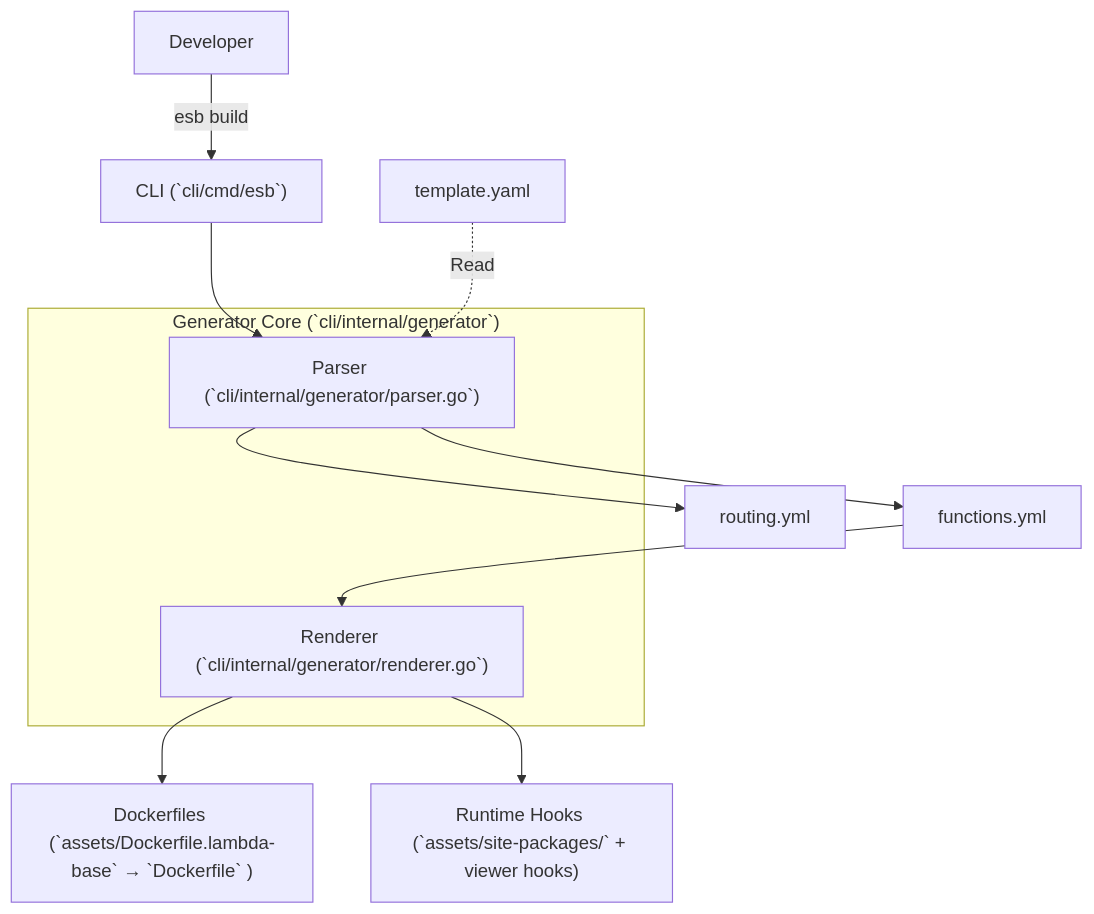
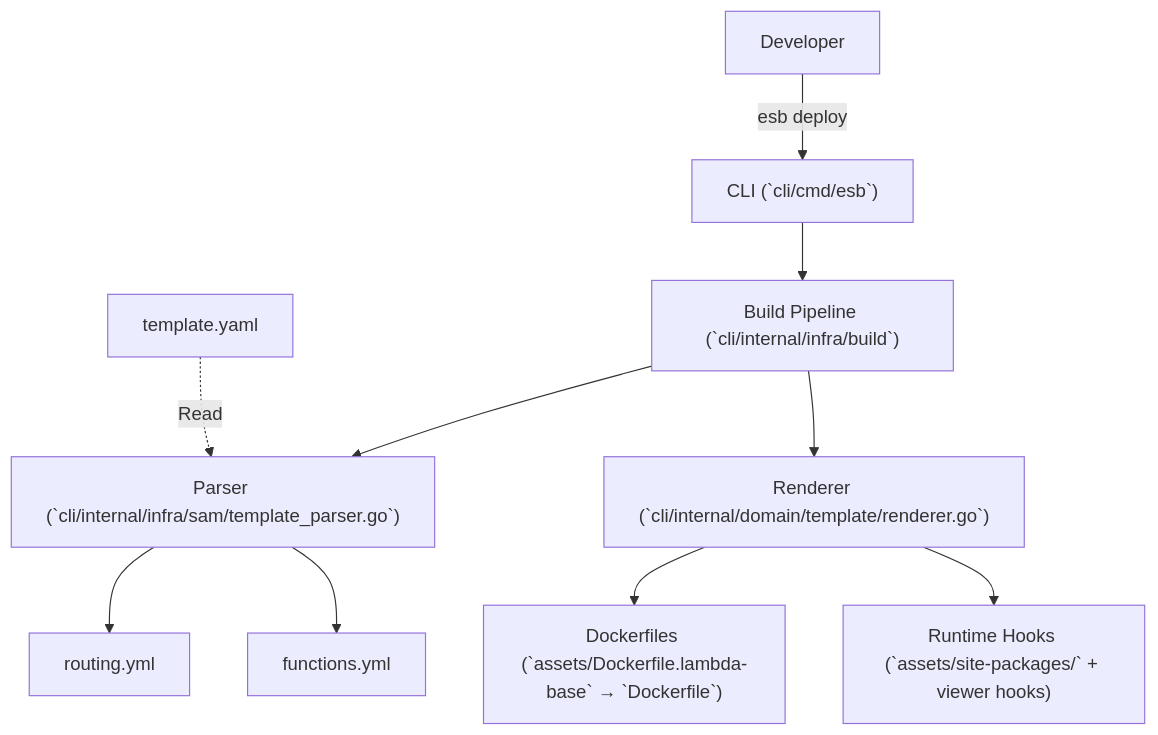
One commit to poruru-code/esb changed the diagram in docs/generator-architecture.md. Above: the diagram before and after it, drawn with Mermaid. The commit also changed other lines of this file and 101 other files, not shown here.

Commit message:
CLI: 生成/ビルド分割 / CLI: split build pipeline

````diff
--- a/docs/generator-architecture.md
+++ b/docs/generator-architecture.md
@@ -10,21 +11,16 @@
 ```mermaid
 flowchart TD
-    User["Developer"] -->|"esb build"| CLI["CLI (`cli/cmd/esb`)"]
-    
-    CLI --> Parser["Parser (`cli/internal/generator/parser.go`)"]
-    
-    subgraph GeneratorCore ["Generator Core (`cli/internal/generator`)"]
-        Parser
-        Renderer["Renderer (`cli/internal/generator/renderer.go`)"]
-    end
-    
+    User["Developer"] -->|"esb deploy"| CLI["CLI (`cli/cmd/esb`)"]
+
+    CLI --> Build["Build Pipeline (`cli/internal/infra/build`)"]
+    Build --> Parser["Parser (`cli/internal/infra/sam/template_parser.go`)"]
+    Build --> Renderer["Renderer (`cli/internal/domain/template/renderer.go`)"]
+
     SAM["template.yaml"] -.->|Read| Parser
-    
+
     Parser --> Routing["routing.yml"]
     Parser --> Functions["functions.yml"]
-    
-    Functions --> Renderer
-    
-    Renderer --> Dockerfiles["Dockerfiles (`assets/Dockerfile.lambda-base` → `Dockerfile` )"]
+
+    Renderer --> Dockerfiles["Dockerfiles (`assets/Dockerfile.lambda-base` → `Dockerfile`)"]
     Renderer --> RuntimeHooks["Runtime Hooks (`assets/site-packages/` + viewer hooks)"]
 ```
````
